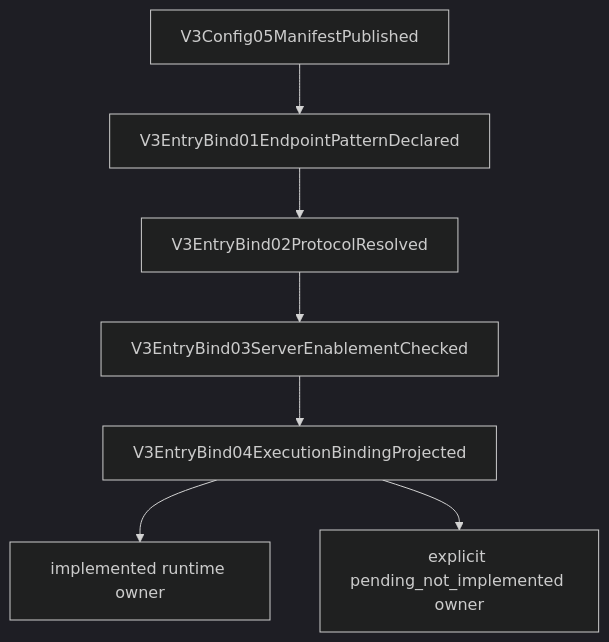
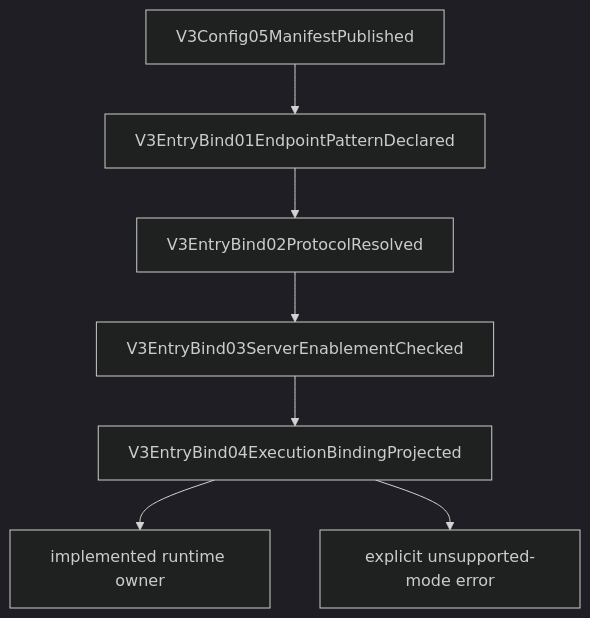
One commit to Jasonzhangf/routecodex changed the diagram in docs/architecture/wiki/v3-entry-protocol-endpoint-binding.md. Above: the diagram before and after it, drawn with Mermaid (dark theme). The commit also changed other lines of this file and 39 other files, not shown here.

````diff
--- a/docs/architecture/wiki/v3-entry-protocol-endpoint-binding.md
+++ b/docs/architecture/wiki/v3-entry-protocol-endpoint-binding.md
@@ -19,9 +19,9 @@
 ```mermaid
 flowchart TD
   M[V3Config05ManifestPublished] --> B1[V3EntryBind01EndpointPatternDeclared]
   B1 --> B2[V3EntryBind02ProtocolResolved]
   B2 --> B3[V3EntryBind03ServerEnablementChecked]
   B3 --> B4[V3EntryBind04ExecutionBindingProjected]
   B4 --> I[implemented runtime owner]
-  B4 --> P[explicit pending_not_implemented owner]
+  B4 --> E[explicit unsupported-mode error]
 ```
````
